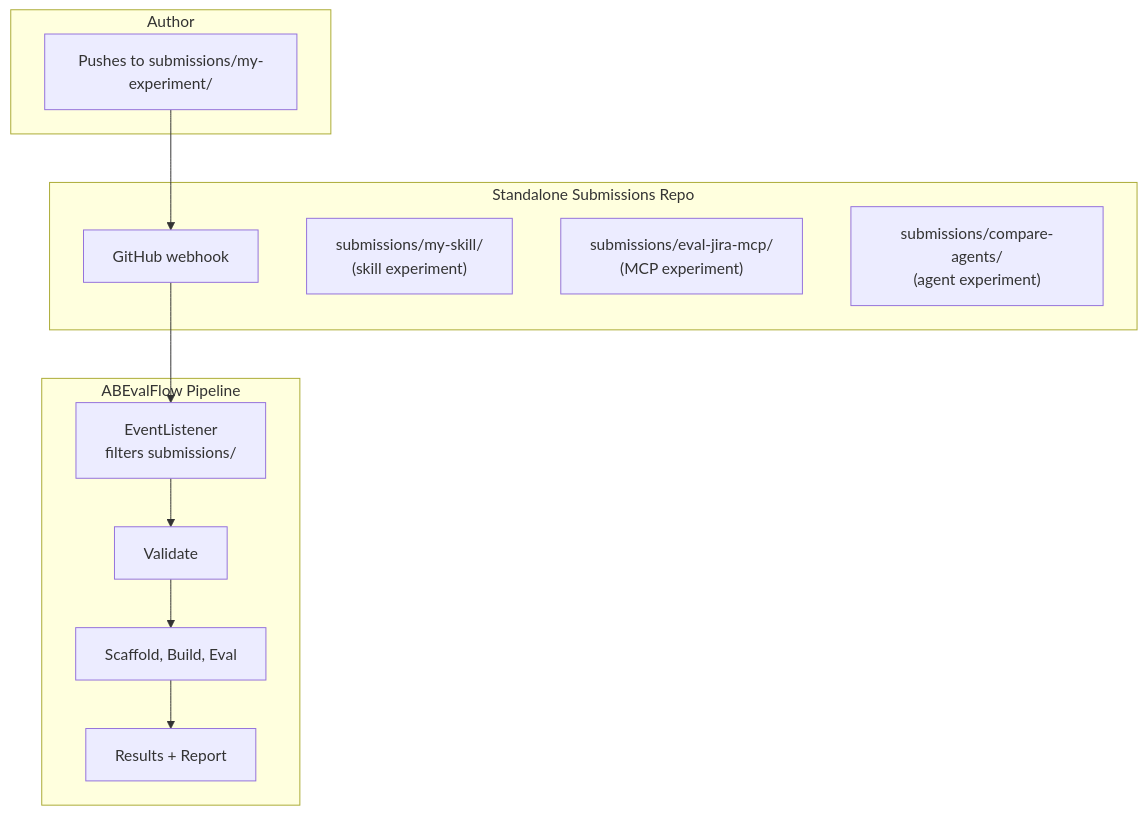
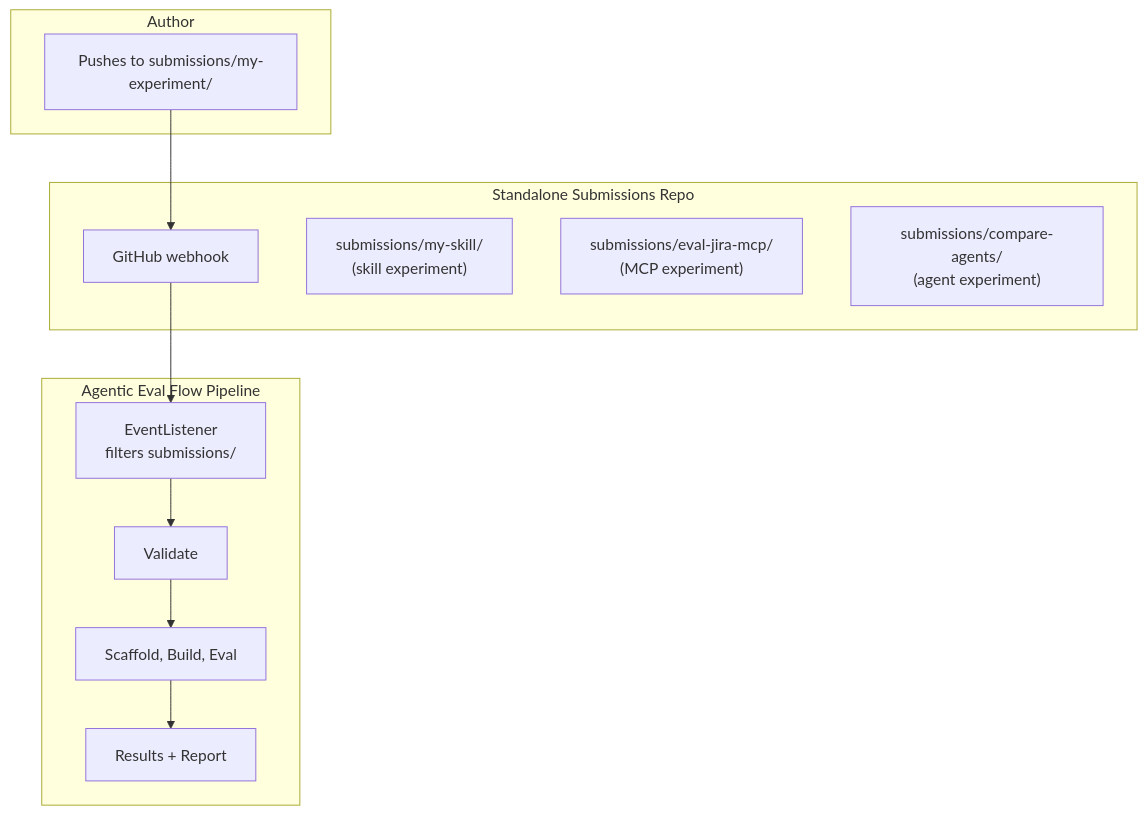
The first of 2 diagrams in Docs/trigger_models_and_experiment_types.md (RHEcosystemAppEng/SkillsEvalFlow), drawn with Mermaid before and after one commit. The commit also changed other lines of this file and 46 other files, not shown here.

First line of the commit message:
docs: rename ABEvalFlow to Agentic Eval Flow across codebase

````diff
--- a/Docs/trigger_models_and_experiment_types.md
+++ b/Docs/trigger_models_and_experiment_types.md
@@ -7,22 +7,22 @@
 ```mermaid
 flowchart TD
     subgraph author ["Author"]
         Submit["Pushes to submissions/my-experiment/"]
     end
 
     subgraph submissions_repo ["Standalone Submissions Repo"]
         Webhook["GitHub webhook"]
         SkillSub["submissions/my-skill/\n(skill experiment)"]
         McpSub["submissions/eval-jira-mcp/\n(MCP experiment)"]
         AgentSub["submissions/compare-agents/\n(agent experiment)"]
     end
 
-    subgraph pipeline ["ABEvalFlow Pipeline"]
+    subgraph pipeline ["Agentic Eval Flow Pipeline"]
         Listener["EventListener\nfilters submissions/"]
         Validate["Validate"]
         ScaffoldAndRun["Scaffold, Build, Eval"]
         Results["Results + Report"]
     end
 
     Submit --> Webhook --> Listener --> Validate --> ScaffoldAndRun --> Results
 ```
````
